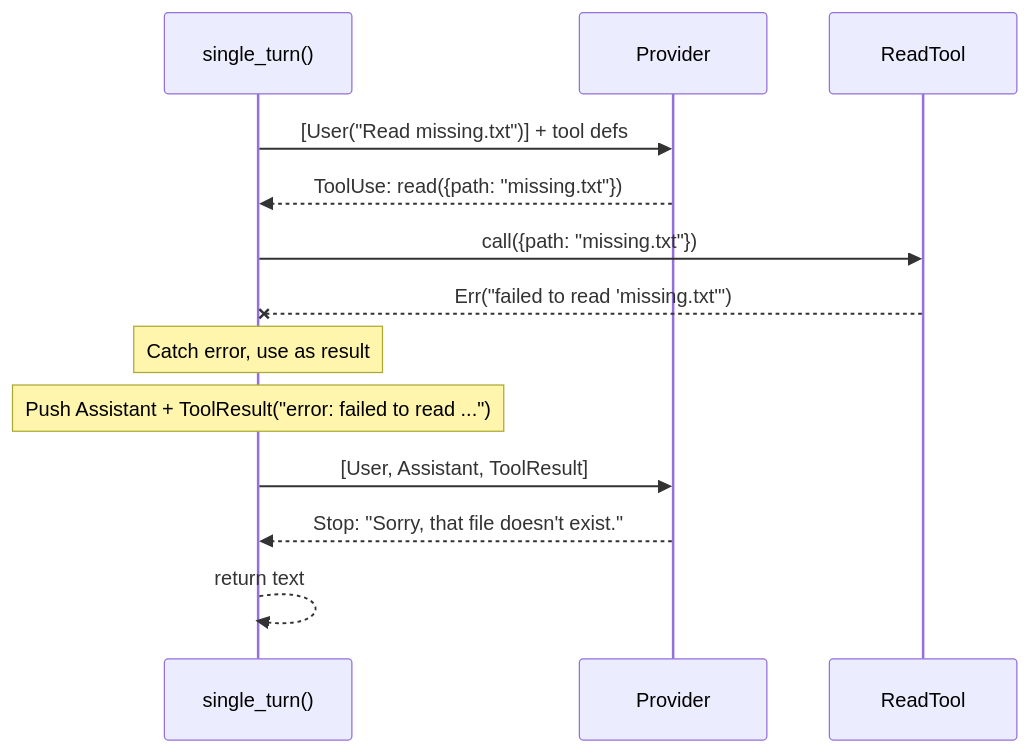
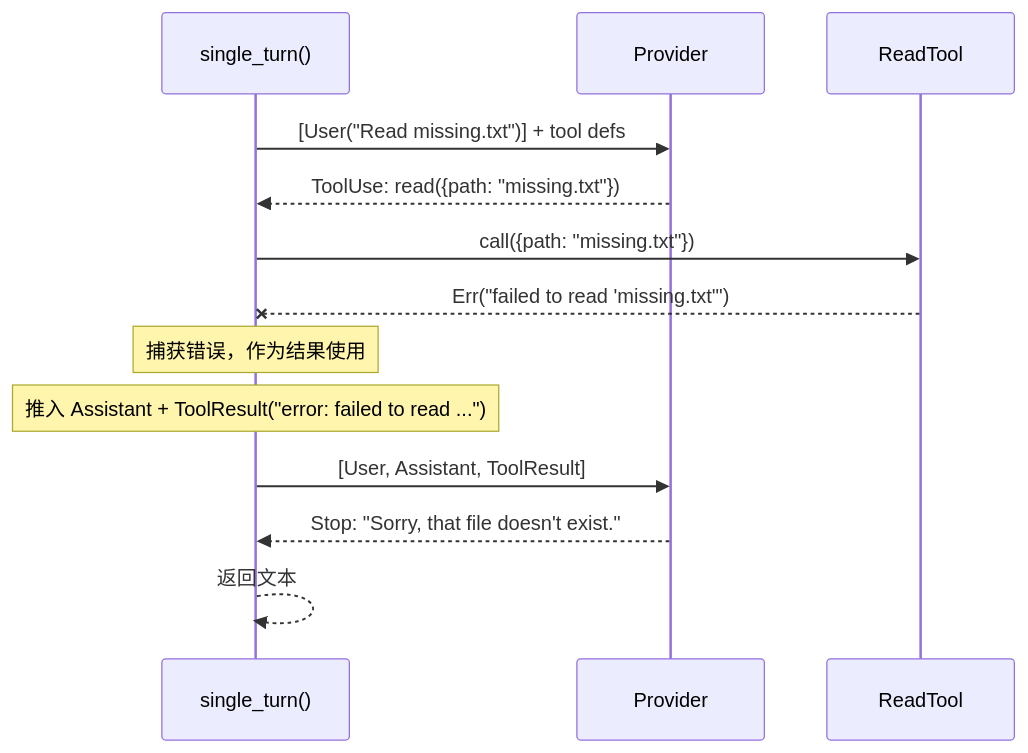
One commit to odysa/mini-code changed the third of 3 diagrams in mini-claw-code-book/zh/ch03-single-turn.md. Above: the diagram before and after it, drawn with Mermaid. The commit also changed other lines of this file and 16 other files, not shown here.

````diff
--- a/mini-claw-code-book/zh/ch03-single-turn.md
+++ b/mini-claw-code-book/zh/ch03-single-turn.md
@@ -184,16 +174,16 @@
 ```mermaid
 sequenceDiagram
     participant ST as single_turn()
     participant P as Provider
     participant T as ReadTool
 
     ST->>P: [User("Read missing.txt")] + tool defs
     P-->>ST: ToolUse: read({path: "missing.txt"})
     ST->>T: call({path: "missing.txt"})
     T--xST: Err("failed to read 'missing.txt'")
-    Note over ST: Catch error, use as result
-    Note over ST: Push Assistant + ToolResult("error: failed to read ...")
+    Note over ST: 捕获错误，作为结果使用
+    Note over ST: 推入 Assistant + ToolResult("error: failed to read ...")
     ST->>P: [User, Assistant, ToolResult]
     P-->>ST: Stop: "Sorry, that file doesn't exist."
-    ST-->>ST: return text
+    ST-->>ST: 返回文本
 ```
````
